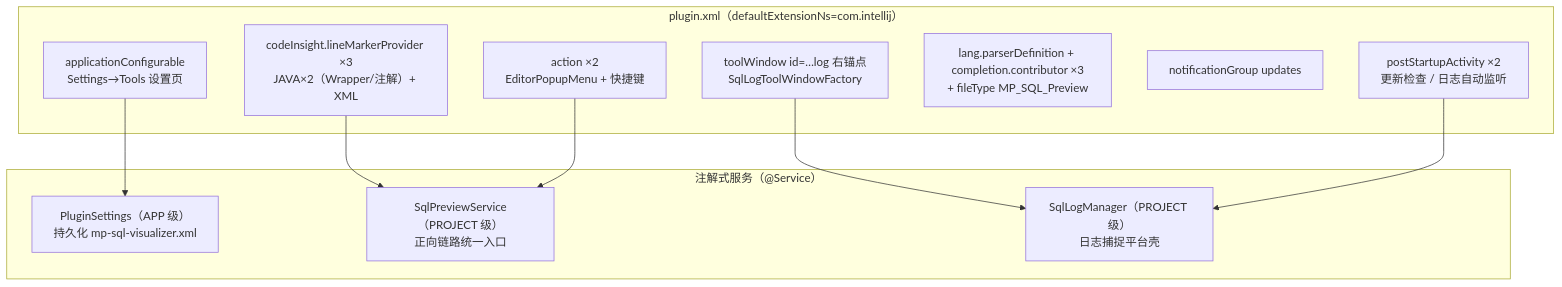
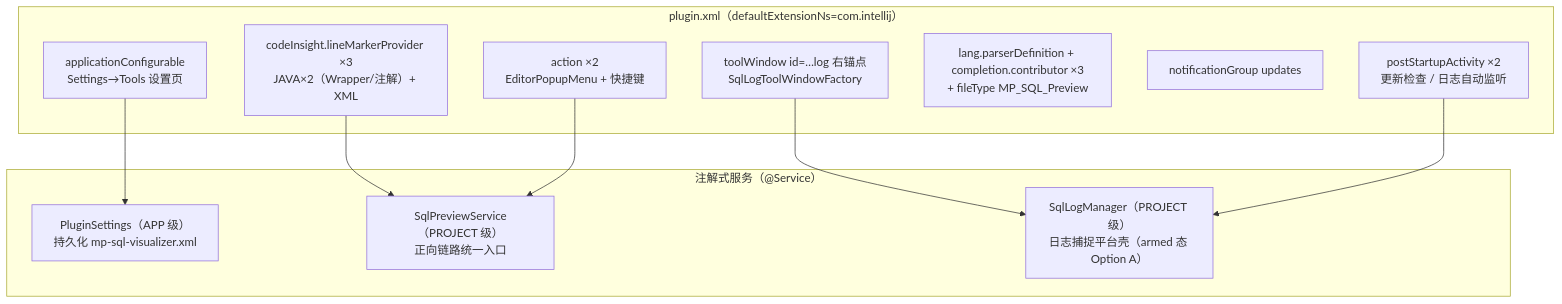
The fourth of 5 diagrams in docs/架构设计/01-项目架构总览.md (JayF211/mybatis-plus-sql-visualizer), drawn with Mermaid before and after one commit. The commit also changed other lines of this file and 3 other files, not shown here.

````diff
--- a/docs/架构设计/01-项目架构总览.md
+++ b/docs/架构设计/01-项目架构总览.md
@@ -197,22 +197,22 @@
 ```mermaid
 flowchart TD
     subgraph XML["plugin.xml（defaultExtensionNs=com.intellij）"]
         X1["applicationConfigurable<br/>Settings→Tools 设置页"]
         X2["codeInsight.lineMarkerProvider ×3<br/>JAVA×2（Wrapper/注解）+ XML"]
         X3["toolWindow id=…log 右锚点<br/>SqlLogToolWindowFactory"]
         X4["postStartupActivity ×2<br/>更新检查 / 日志自动监听"]
         X5["lang.parserDefinition + completion.contributor ×3<br/>+ fileType MP_SQL_Preview"]
         X6["notificationGroup updates"]
         X7["action ×2<br/>EditorPopupMenu + 快捷键"]
     end
     subgraph ANNO["注解式服务（@Service）"]
         Y1["PluginSettings（APP 级）<br/>持久化 mp-sql-visualizer.xml"]
         Y2["SqlPreviewService（PROJECT 级）<br/>正向链路统一入口"]
-        Y3["SqlLogManager（PROJECT 级）<br/>日志捕捉平台壳"]
+        Y3["SqlLogManager（PROJECT 级）<br/>日志捕捉平台壳（armed 态 Option A）"]
     end
     X1 --> Y1
     X2 --> Y2
     X3 --> Y3
     X4 --> Y3
     X7 --> Y2
 ```
````
